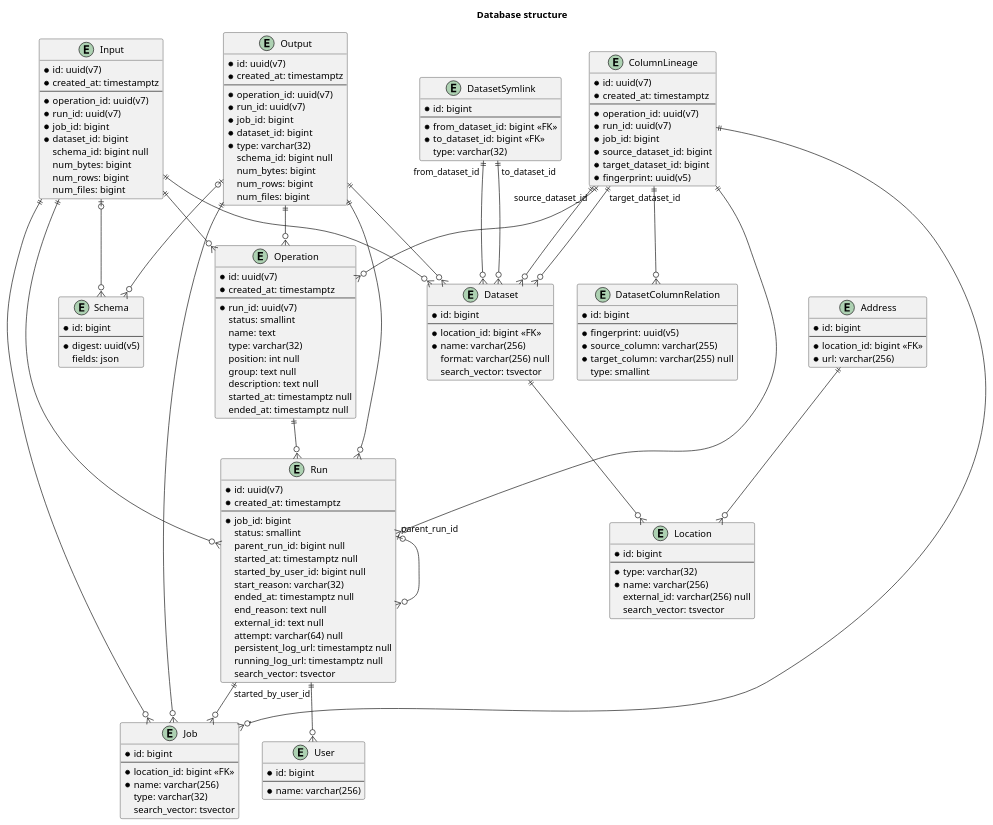
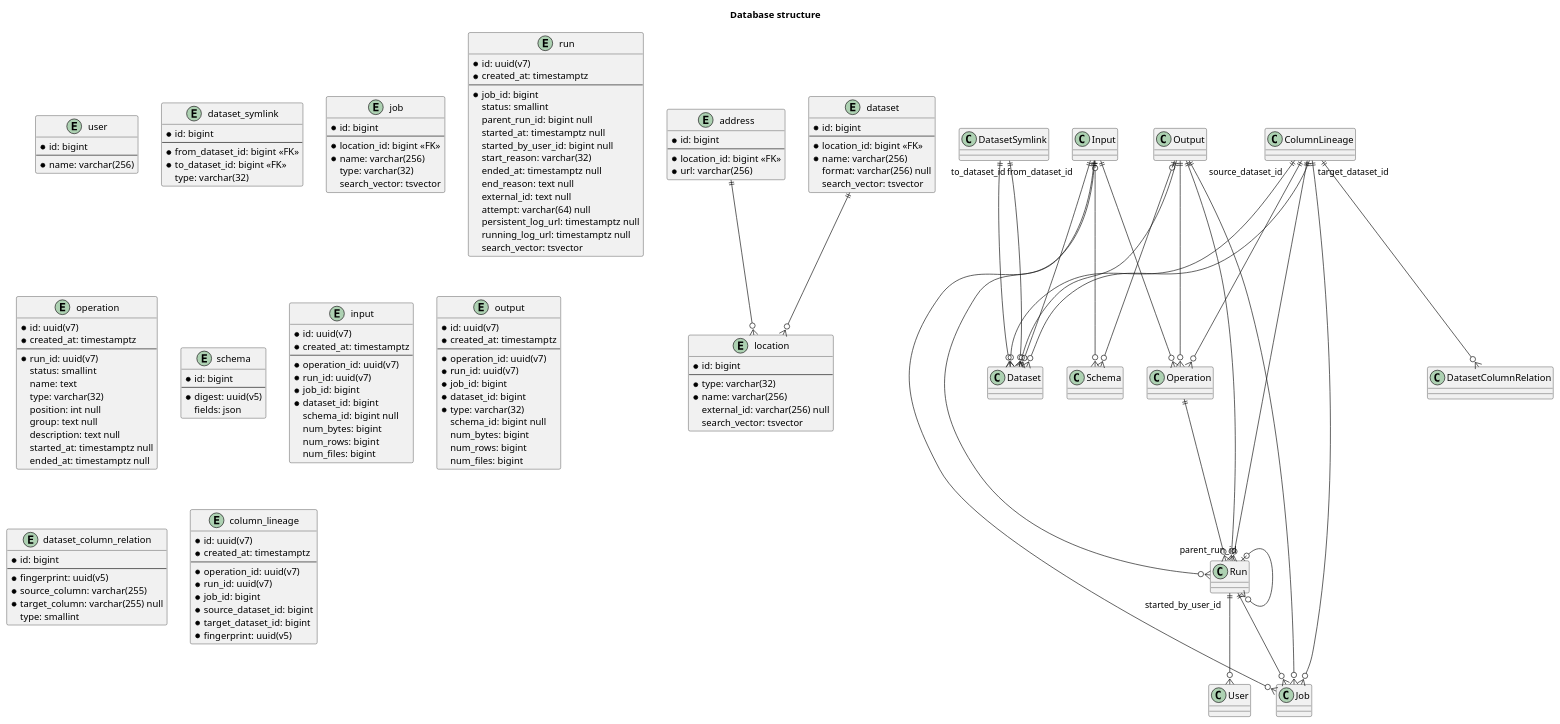
Before and after one commit to MobileTeleSystems/data-rentgen: the diagram in docs/reference/database/structure.rst, drawn with PlantUML. The commit also changed 5 other files, not shown here.

```diff
--- a/docs/reference/database/structure.rst
+++ b/docs/reference/database/structure.rst
@@ -8,22 +8,22 @@
 .. plantuml::
 
-    @startumlc
+    @startuml
     title Database structure
 
-    entity User {
+    entity user {
         * id: bigint
         ----
         * name: varchar(256)
     }
 
-    entity Address {
+    entity address {
         * id: bigint
         ----
         * location_id: bigint <<FK>>
         * url: varchar(256)
     }
 
-    entity Location {
+    entity location {
         * id: bigint
         ----
         * type: varchar(32)
@@ -32,7 +32,7 @@
         search_vector: tsvector
     }
 
-    entity Dataset {
+    entity dataset {
         * id: bigint
         ----
         * location_id: bigint <<FK>>
@@ -41,7 +41,7 @@
         search_vector: tsvector
     }
 
-    entity DatasetSymlink {
+    entity dataset_symlink {
         * id: bigint
         ----
         * from_dataset_id: bigint <<FK>>
@@ -49,7 +49,7 @@
         type: varchar(32)
     }
 
-    entity Job {
+    entity job {
         * id: bigint
         ----
         * location_id: bigint <<FK>>
@@ -58,7 +58,7 @@
         search_vector: tsvector
     }
 
-    entity Run {
+    entity run {
         * id: uuid(v7)
         * created_at: timestamptz
         ----
@@ -77,7 +77,7 @@
         search_vector: tsvector
     }
 
-    entity Operation {
+    entity operation {
         * id: uuid(v7)
         * created_at: timestamptz
         ----
@@ -92,14 +92,14 @@
         ended_at: timestamptz null
     }
 
-    entity Schema {
+    entity schema {
         * id: bigint
         ----
         * digest: uuid(v5)
         fields: json
     }
 
-    entity Input {
+    entity input {
         * id: uuid(v7)
         * created_at: timestamptz
         ----
@@ -113,7 +113,7 @@
         num_files: bigint
     }
 
-    entity Output {
+    entity output {
         * id: uuid(v7)
         * created_at: timestamptz
         ----
@@ -128,7 +128,7 @@
         num_files: bigint
     }
 
-    entity DatasetColumnRelation {
+    entity dataset_column_relation {
         * id: bigint
         ----
         * fingerprint: uuid(v5)
@@ -137,7 +137,7 @@
         type: smallint
     }
 
-    entity ColumnLineage {
+    entity column_lineage {
         * id: uuid(v7)
         * created_at: timestamptz
         ----
@@ -149,9 +149,9 @@
         * fingerprint: uuid(v5)
     }
 
-    Address ||--o{ Location
+    address ||--o{ location
 
-    Dataset ||--o{ Location
+    dataset ||--o{ location
 
     DatasetSymlink "from_dataset_id" ||--o{ Dataset
     DatasetSymlink "to_dataset_id" ||--o{ Dataset
```
